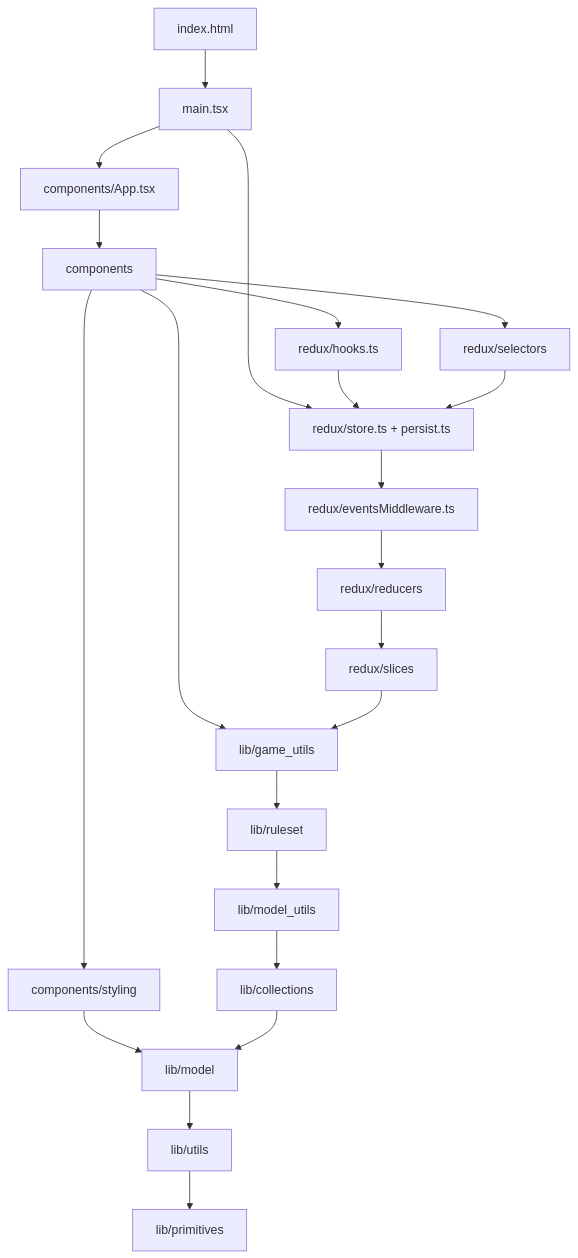
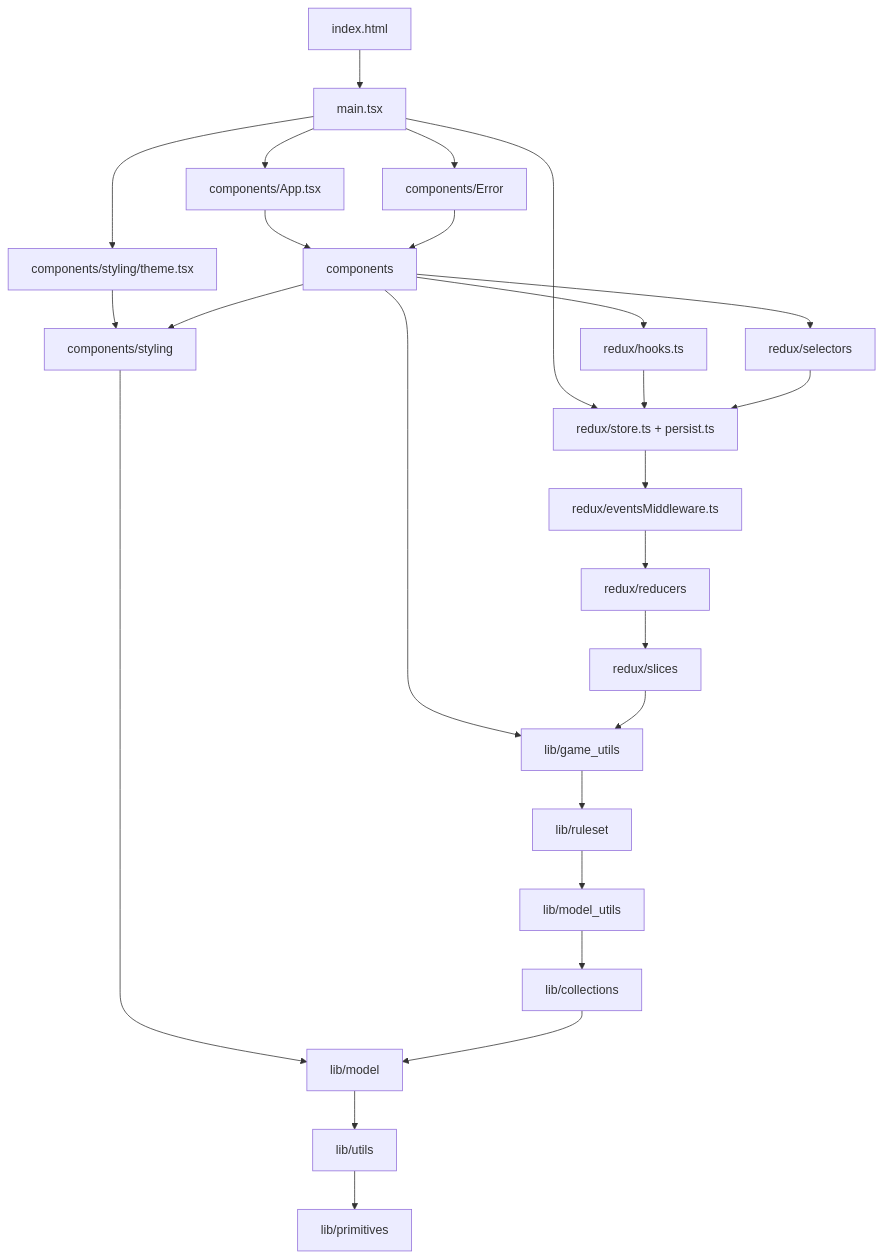
One commit to konrad-jamrozik/game-ts changed the diagram in docs/design/about_code_dependencies.md. Above: the diagram before and after it, drawn with Mermaid. The commit also changed other lines of this file and 2 other files, not shown here.

````diff
--- a/docs/design/about_code_dependencies.md
+++ b/docs/design/about_code_dependencies.md
@@ -43,24 +43,28 @@
 ```mermaid
 graph TD
     IndexH[index.html] --> MainTs[main.tsx]
-    MainTs --> AppApp[components/App.tsx]
-    MainTs --> AppStr[redux/store.ts]
-    AppApp --> Comp__[components]
-    AppStr --> AppEvt[redux/eventsMiddleware.ts]
-    AppEvt --> AppRed[redux/reducers]
-    Comp__ --> AppHook[redux/hooks.ts]
-    Comp__ --> AppSel[redux/selectors]
+    MainTs --> CompApp[components/App.tsx]
+    MainTs --> RdxStr[redux/store.ts]
+    MainTs --> CompTheme[components/styling/theme.tsx]
+    CompTheme --> CompSt
+    MainTs --> CompErr[components/Error]
+    CompApp --> Comp__[components]
+    RdxStr --> RdxEvt[redux/eventsMiddleware.ts]
+    RdxEvt --> RdxRed[redux/reducers]
+    CompErr --> Comp__
+    Comp__ --> RdxHook[redux/hooks.ts]
+    Comp__ --> RdxSel[redux/selectors]
     Comp__ --> CompSt[components/styling]
     Comp__ --> LibGam[lib/game_utils]
-    AppHook --> AppStr[redux/store.ts + persist.ts]
-    AppSel --> AppStr
-    AppRed --> AppSli[redux/slices]
-    AppSli --> LibGam
+    RdxHook --> RdxStr[redux/store.ts + persist.ts]
+    RdxSel --> RdxStr
+    RdxRed --> RdxSli[redux/slices]
+    RdxSli --> LibGam
     CompSt --> LibMod[lib/model]
     LibGam --> LibRul[lib/ruleset]
     LibRul --> LibMUt[lib/model_utils]
     LibMUt --> LibCol[lib/collections]
     LibCol --> LibMod[lib/model]
     LibMod --> LibUti[lib/utils]
     LibUti --> LibPri[lib/primitives]
 ```
````
